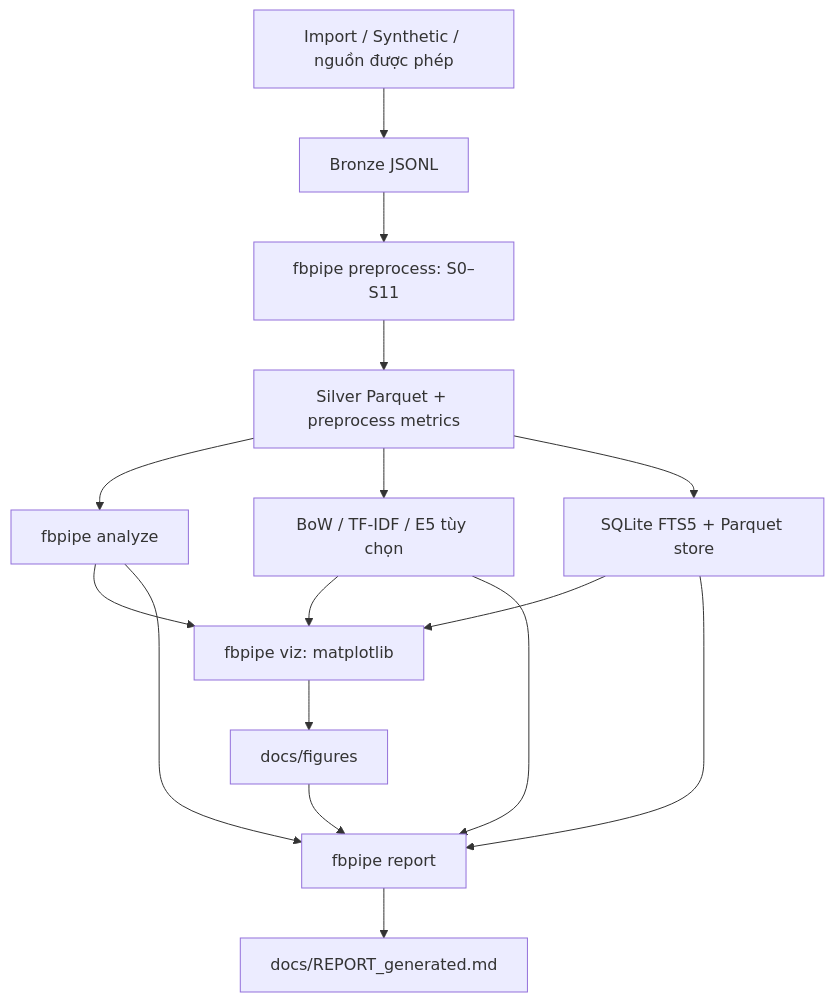
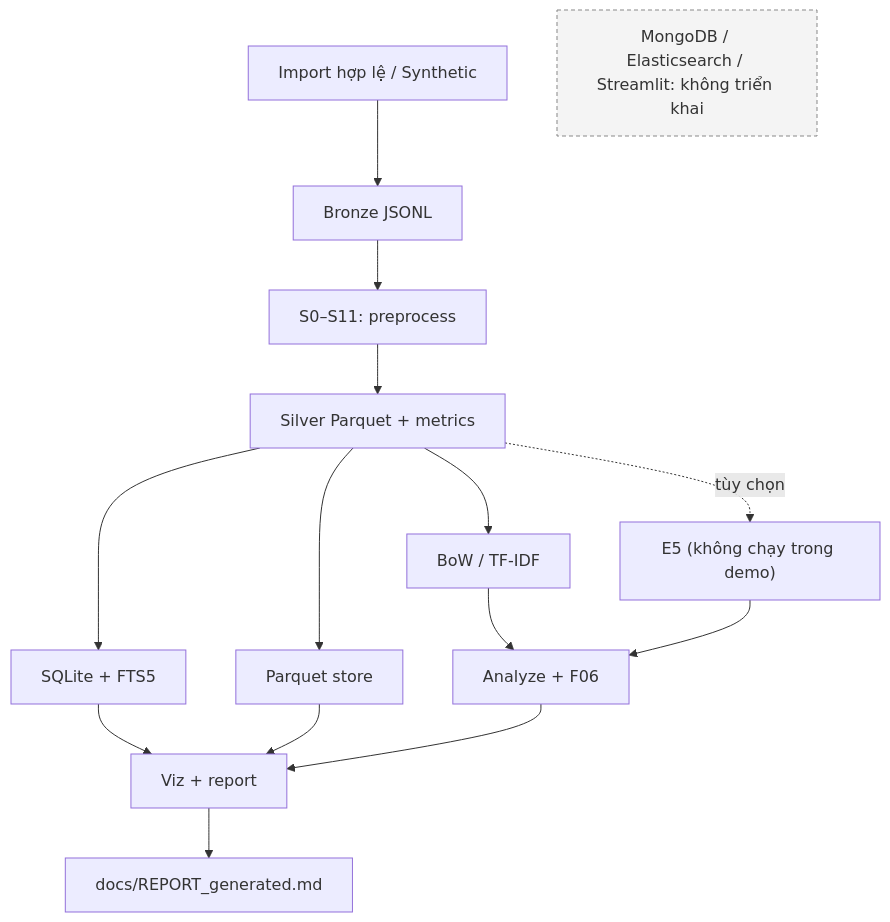
Before and after one commit to Hoquoctrung/fb-group-text-pipeline: the diagram in README.md, drawn with Mermaid. The commit also changed other lines of this file, not shown here.

````diff
--- a/README.md
+++ b/README.md
@@ -7,18 +11,18 @@
-```mermaid
+~~~mermaid
 flowchart TD
-    A[Import / Synthetic / nguồn được phép] --> B[Bronze JSONL]
-    B --> C[fbpipe preprocess: S0–S11]
-    C --> D[Silver Parquet + preprocess metrics]
-    D --> E[fbpipe analyze]
-    D --> F[BoW / TF-IDF / E5 tùy chọn]
-    D --> G[SQLite FTS5 + Parquet store]
-    E --> H[fbpipe viz: matplotlib]
-    F --> H
-    G --> H
-    H --> I[docs/figures]
-    E --> J[fbpipe report]
-    F --> J
-    G --> J
+    A["Import hợp lệ / Synthetic"] --> B["Bronze JSONL"]
+    B --> C["S0–S11: preprocess"]
+    C --> D["Silver Parquet + metrics"]
+    D --> E["BoW / TF-IDF"]
+    D -. tùy chọn .-> F["E5 (không chạy trong demo)"]
+    D --> G["SQLite + FTS5"]
+    D --> H["Parquet store"]
+    E --> I["Analyze + F06"]
+    F --> I
+    G --> J["Viz + report"]
+    H --> J
     I --> J
-    J --> K[docs/REPORT_generated.md]
-```
+    J --> K["docs/REPORT_generated.md"]
+    N["MongoDB / Elasticsearch / Streamlit: không triển khai"]:::note
+    classDef note fill:#f4f4f4,stroke:#888,color:#333,stroke-dasharray: 4 3
+~~~
````
